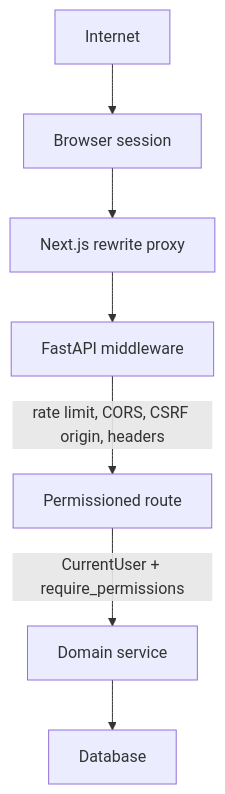
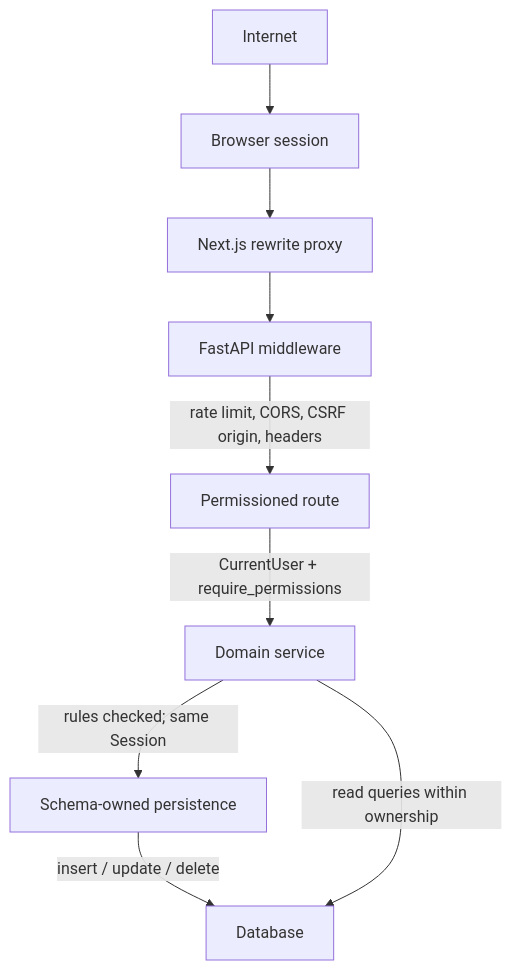
The third of 5 diagrams in docs/ARCHITECTURE.md (Shmirzaev/Milana-ERP), drawn with Mermaid before and after one commit. The commit also changed other lines of this file and 15 other files, not shown here.

````diff
--- a/docs/ARCHITECTURE.md
+++ b/docs/ARCHITECTURE.md
@@ -54,17 +60,20 @@
 ```mermaid
 flowchart TB
     internet["Internet"]
     browser["Browser session"]
     proxy["Next.js rewrite proxy"]
     middleware["FastAPI middleware"]
     route["Permissioned route"]
     service["Domain service"]
+    schema["Schema-owned persistence"]
     database["Database"]
 
     internet --> browser
     browser --> proxy
     proxy --> middleware
     middleware -->|rate limit, CORS, CSRF origin, headers| route
     route -->|CurrentUser + require_permissions| service
-    service --> database
+    service -->|rules checked; same Session| schema
+    schema -->|insert / update / delete| database
+    service -->|read queries within ownership| database
 ```
````
